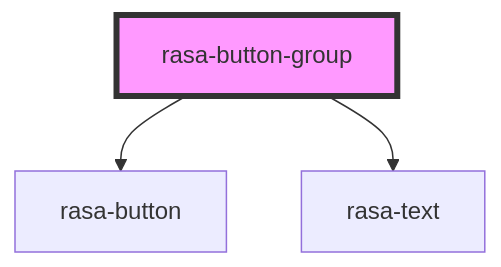
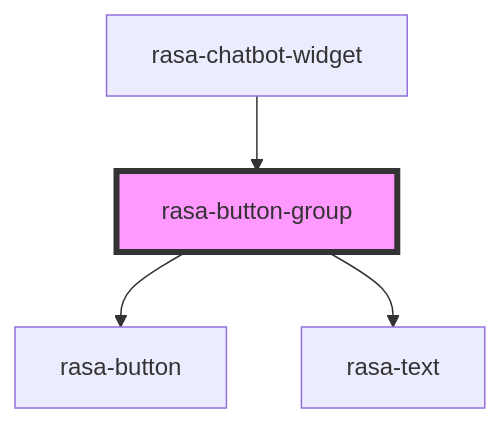
Before and after one commit to RasaHQ/chat-widget: the diagram in packages/web-component/src/components/button-group/readme.md, drawn with Mermaid. The commit also changed other lines of this file and 41 other files, not shown here.

````diff
--- a/packages/web-component/src/components/button-group/readme.md
+++ b/packages/web-component/src/components/button-group/readme.md
@@ -24,6 +28,7 @@
 ```mermaid
 graph TD;
   rasa-button-group --> rasa-button
   rasa-button-group --> rasa-text
+  rasa-chatbot-widget --> rasa-button-group
   style rasa-button-group fill:#f9f,stroke:#333,stroke-width:4px
 ```
````
